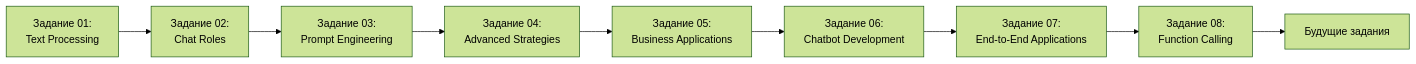
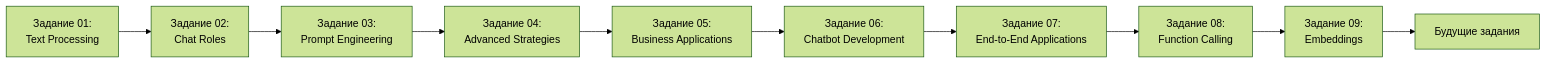
The diagram in Exercises/README.md (artipy/ai_knowledge_db_and_projects), drawn with Mermaid (forest theme) before and after one commit. The commit also changed other lines of this file and 4 other files, not shown here.

````diff
--- a/Exercises/README.md
+++ b/Exercises/README.md
@@ -225,11 +247,12 @@
 ```mermaid
 graph LR
     A[Задание 01:<br/>Text Processing] --> B[Задание 02:<br/>Chat Roles]
     B --> C[Задание 03:<br/>Prompt Engineering]
     C --> D[Задание 04:<br/>Advanced Strategies]
     D --> E[Задание 05:<br/>Business Applications]
     E --> F[Задание 06:<br/>Chatbot Development]
     F --> G[Задание 07:<br/>End-to-End Applications]
     G --> H[Задание 08:<br/>Function Calling]
-    H --> I[Будущие задания]
+    H --> I[Задание 09:<br/>Embeddings]
+    I --> J[Будущие задания]
 ```
````
